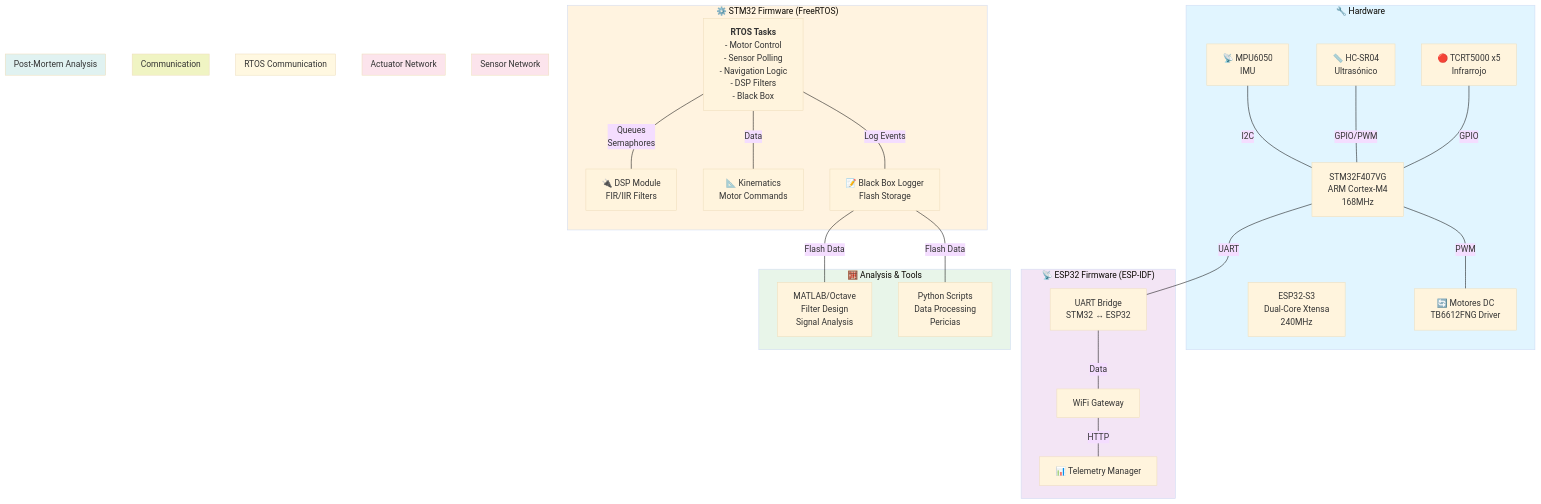
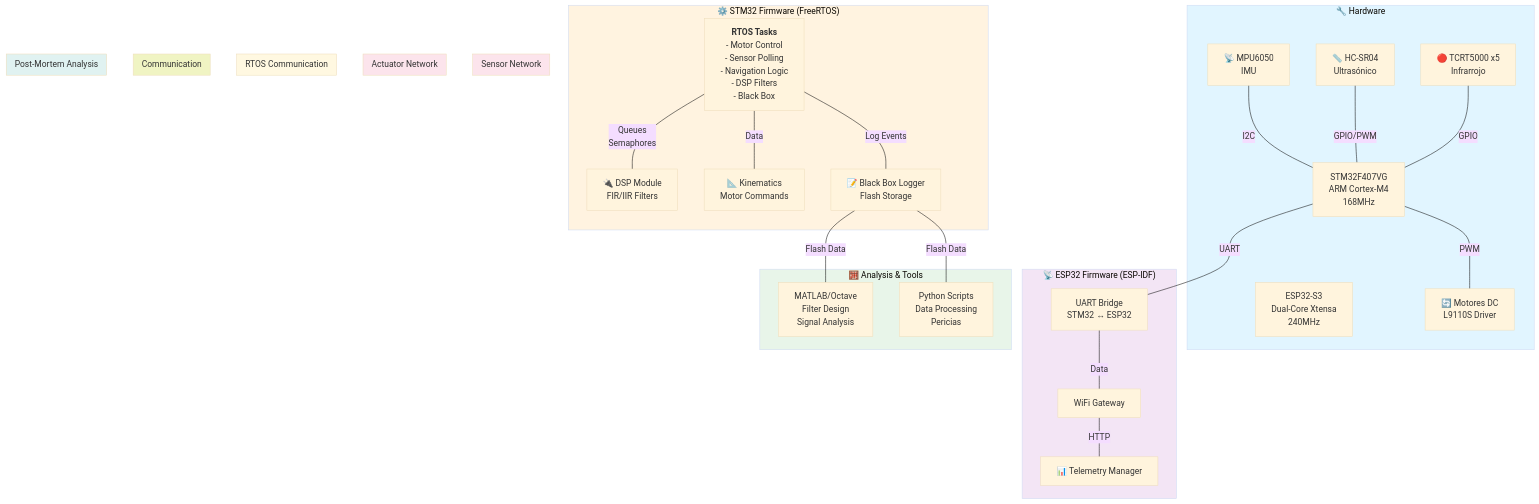
Before and after one commit to fernandodaniele/GenericAutonomousRobot: the first of 7 diagrams in Docs/ARCHITECTURE.md, drawn with Mermaid (base theme). The commit also changed other lines of this file and 4 other files, not shown here.

````diff
--- a/Docs/ARCHITECTURE.md
+++ b/Docs/ARCHITECTURE.md
@@ -5,66 +5,66 @@
 ```mermaid
 graph TB
     subgraph Hardware["🔧 Hardware"]
         STM32["STM32F407VG<br/>ARM Cortex-M4<br/>168MHz"]
         ESP32["ESP32-S3<br/>Dual-Core Xtensa<br/>240MHz"]
-        Motors["🔄 Motores DC<br/>TB6612FNG Driver"]
+        Motors["🔄 Motores DC<br/>L9110S Driver"]
         IMU["📡 MPU6050<br/>IMU"]
         Ultrasonic["📏 HC-SR04<br/>Ultrasónico"]
         IR["🔴 TCRT5000 x5<br/>Infrarrojo"]
     end
     
     subgraph STM32_FW["⚙️ STM32 Firmware (FreeRTOS)"]
         Tasks["<b>RTOS Tasks</b><br/>- Motor Control<br/>- Sensor Polling<br/>- Navigation Logic<br/>- DSP Filters<br/>- Black Box"]
         DSP["🔌 DSP Module<br/>FIR/IIR Filters"]
         Kinematics["📐 Kinematics<br/>Motor Commands"]
         Logger["📝 Black Box Logger<br/>Flash Storage"]
     end
     
     subgraph ESP32_FW["📡 ESP32 Firmware (ESP-IDF)"]
         Gateway["WiFi Gateway"]
         Telemetry["📊 Telemetry Manager"]
         UART["UART Bridge<br/>STM32 ↔ ESP32"]
     end
     
     subgraph Analysis["🧮 Analysis & Tools"]
         MATLAB["MATLAB/Octave<br/>Filter Design<br/>Signal Analysis"]
         Python["Python Scripts<br/>Data Processing<br/>Pericias"]
     end
     
     subgraph Sensors_Network["Sensor Network"]
         IMU ---|I2C| STM32
         Ultrasonic ---|GPIO/PWM| STM32
         IR ---|GPIO| STM32
     end
     
     subgraph ActuatorNetwork["Actuator Network"]
         STM32 ---|PWM| Motors
     end
     
     subgraph RTOS_Internal["RTOS Communication"]
         Tasks ---|Queues<br/>Semaphores| DSP
         Tasks ---|Data| Kinematics
         Tasks ---|Log Events| Logger
     end
     
     subgraph Comm["Communication"]
         STM32 ---|UART| UART
         UART ---|Data| Gateway
         Gateway ---|HTTP| Telemetry
     end
     
     subgraph LogAnalysis["Post-Mortem Analysis"]
         Logger ---|Flash Data| MATLAB
         Logger ---|Flash Data| Python
     end
     
     style Hardware fill:#e1f5ff
     style STM32_FW fill:#fff3e0
     style ESP32_FW fill:#f3e5f5
     style Analysis fill:#e8f5e9
     style Sensors_Network fill:#fce4ec
     style ActuatorNetwork fill:#fce4ec
     style RTOS_Internal fill:#fff8e1
     style Comm fill:#f0f4c3
     style LogAnalysis fill:#e0f2f1
 ```
````
